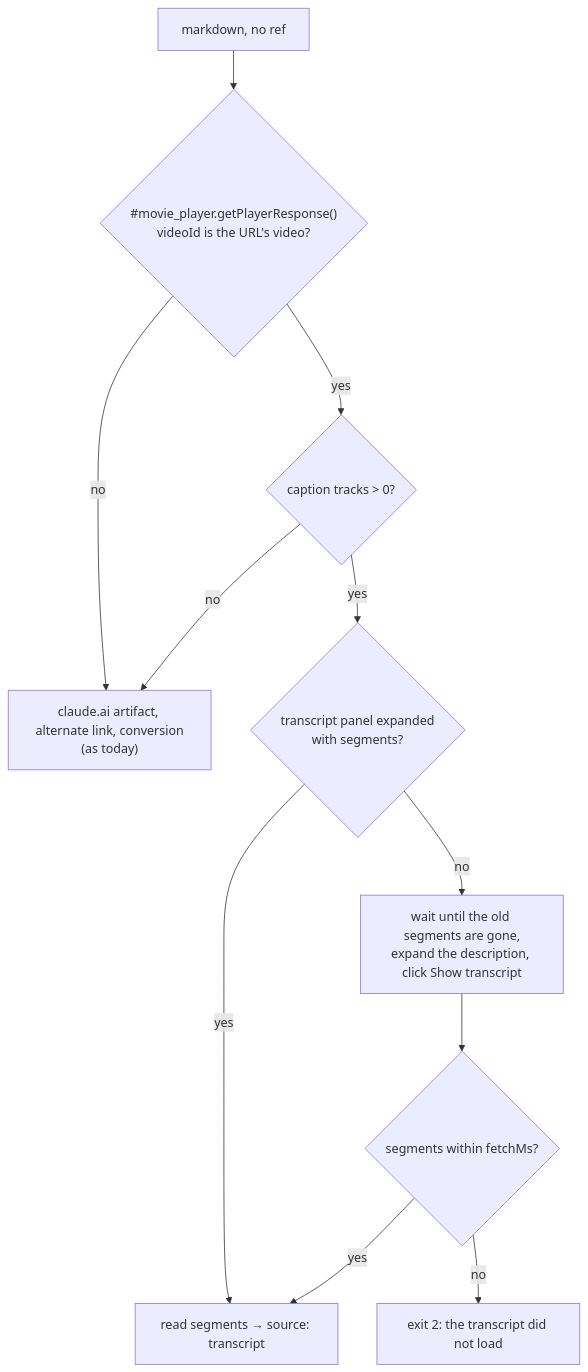
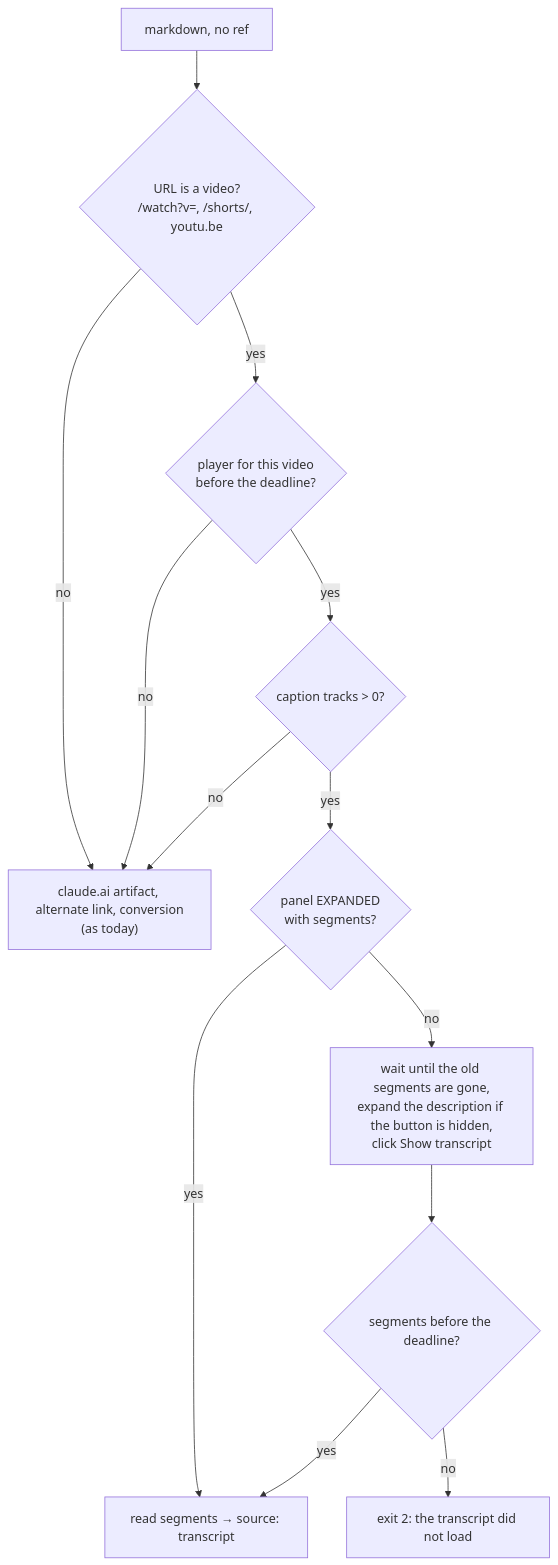
Before and after one commit to drakulavich/bowser: the diagram in docs/superpowers/specs/2026-10-28-youtube-transcript-design.md, drawn with Mermaid. The commit also changed other lines of this file, not shown here.

First line of the commit message:
docs(spec): YouTube transcript after Grok review: one deadline, expanded panel only, inline segments, late player

````diff
--- a/docs/superpowers/specs/2026-10-28-youtube-transcript-design.md
+++ b/docs/superpowers/specs/2026-10-28-youtube-transcript-design.md
@@ -79,13 +80,15 @@
 ```mermaid
 flowchart TD
-  A["markdown, no ref"] --> B{"#movie_player.getPlayerResponse()<br/>videoId is the URL's video?"}
+  A["markdown, no ref"] --> B{"URL is a video?<br/>/watch?v=, /shorts/, youtu.be"}
   B -- no --> X["claude.ai artifact, alternate link, conversion<br/>(as today)"]
-  B -- yes --> C{"caption tracks > 0?"}
+  B -- yes --> P{"player for this video<br/>before the deadline?"}
+  P -- no --> X
+  P -- yes --> C{"caption tracks > 0?"}
   C -- no --> X
-  C -- yes --> D{"transcript panel expanded<br/>with segments?"}
+  C -- yes --> D{"panel EXPANDED<br/>with segments?"}
   D -- yes --> R["read segments → source: transcript"]
-  D -- no --> E["wait until the old segments are gone,<br/>expand the description, click Show transcript"]
-  E --> F{"segments within fetchMs?"}
+  D -- no --> E["wait until the old segments are gone,<br/>expand the description if the button is hidden,<br/>click Show transcript"]
+  E --> F{"segments before the deadline?"}
   F -- yes --> R
   F -- no --> T["exit 2: the transcript did not load"]
 ```
````
